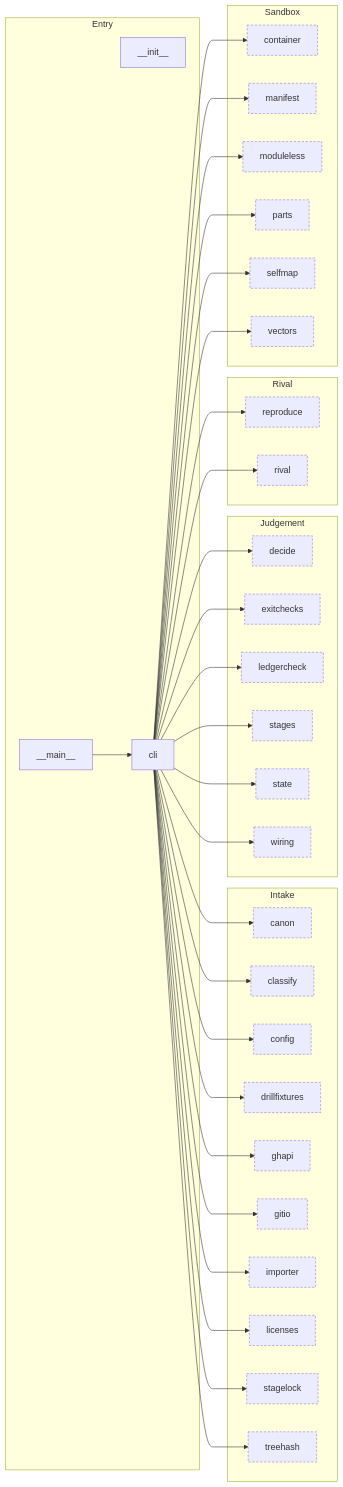
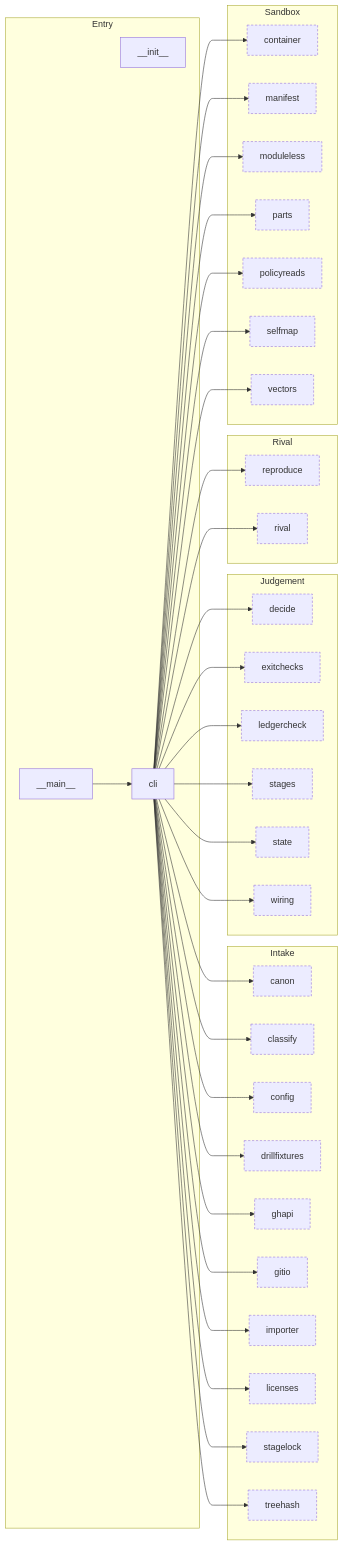
Before and after one commit to Okan-wqm/snowball-mcp: the third of 8 diagrams in docs/harita.md, drawn with Mermaid. The commit also changed other lines of this file and 15 other files, not shown here.

````diff
--- a/docs/harita.md
+++ b/docs/harita.md
@@ -111,66 +111,68 @@
 ```mermaid
 flowchart LR
   subgraph a_Entry["Entry"]
     m___init__["__init__"]
     m___main__["__main__"]
     m_cli["cli"]
   end
   subgraph a_Intake["Intake"]
     m_canon["canon"]:::outside
     m_classify["classify"]:::outside
     m_config["config"]:::outside
     m_drillfixtures["drillfixtures"]:::outside
     m_ghapi["ghapi"]:::outside
     m_gitio["gitio"]:::outside
     m_importer["importer"]:::outside
     m_licenses["licenses"]:::outside
     m_stagelock["stagelock"]:::outside
     m_treehash["treehash"]:::outside
   end
   subgraph a_Judgement["Judgement"]
     m_decide["decide"]:::outside
     m_exitchecks["exitchecks"]:::outside
     m_ledgercheck["ledgercheck"]:::outside
     m_stages["stages"]:::outside
     m_state["state"]:::outside
     m_wiring["wiring"]:::outside
   end
   subgraph a_Rival["Rival"]
     m_reproduce["reproduce"]:::outside
     m_rival["rival"]:::outside
   end
   subgraph a_Sandbox["Sandbox"]
     m_container["container"]:::outside
     m_manifest["manifest"]:::outside
     m_moduleless["moduleless"]:::outside
     m_parts["parts"]:::outside
+    m_policyreads["policyreads"]:::outside
     m_selfmap["selfmap"]:::outside
     m_vectors["vectors"]:::outside
   end
   m___main__ --> m_cli
   m_cli --> m_canon
   m_cli --> m_classify
   m_cli --> m_config
   m_cli --> m_container
   m_cli --> m_decide
   m_cli --> m_drillfixtures
   m_cli --> m_exitchecks
   m_cli --> m_ghapi
   m_cli --> m_gitio
   m_cli --> m_importer
   m_cli --> m_ledgercheck
   m_cli --> m_licenses
   m_cli --> m_manifest
   m_cli --> m_moduleless
   m_cli --> m_parts
+  m_cli --> m_policyreads
   m_cli --> m_reproduce
   m_cli --> m_rival
   m_cli --> m_selfmap
   m_cli --> m_stagelock
   m_cli --> m_stages
   m_cli --> m_state
   m_cli --> m_treehash
   m_cli --> m_vectors
   m_cli --> m_wiring
   classDef outside stroke-dasharray: 4 3
 ```
````
